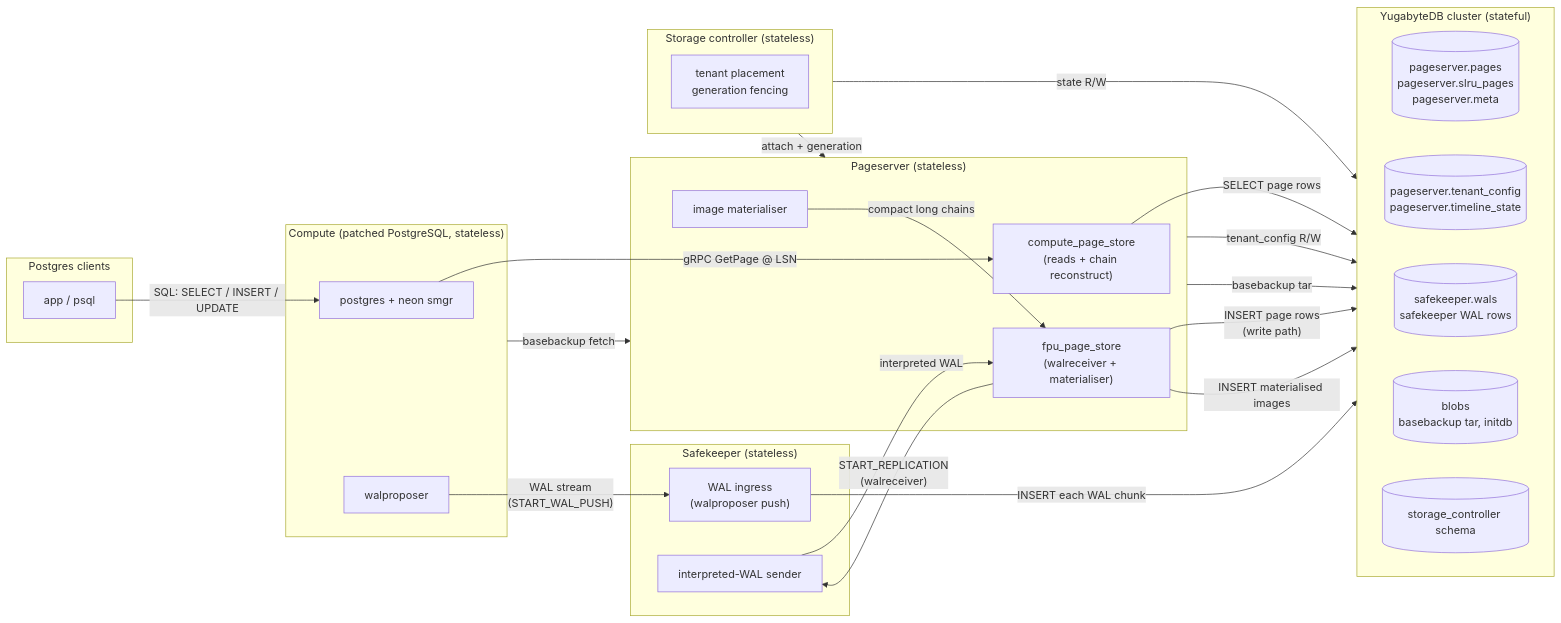
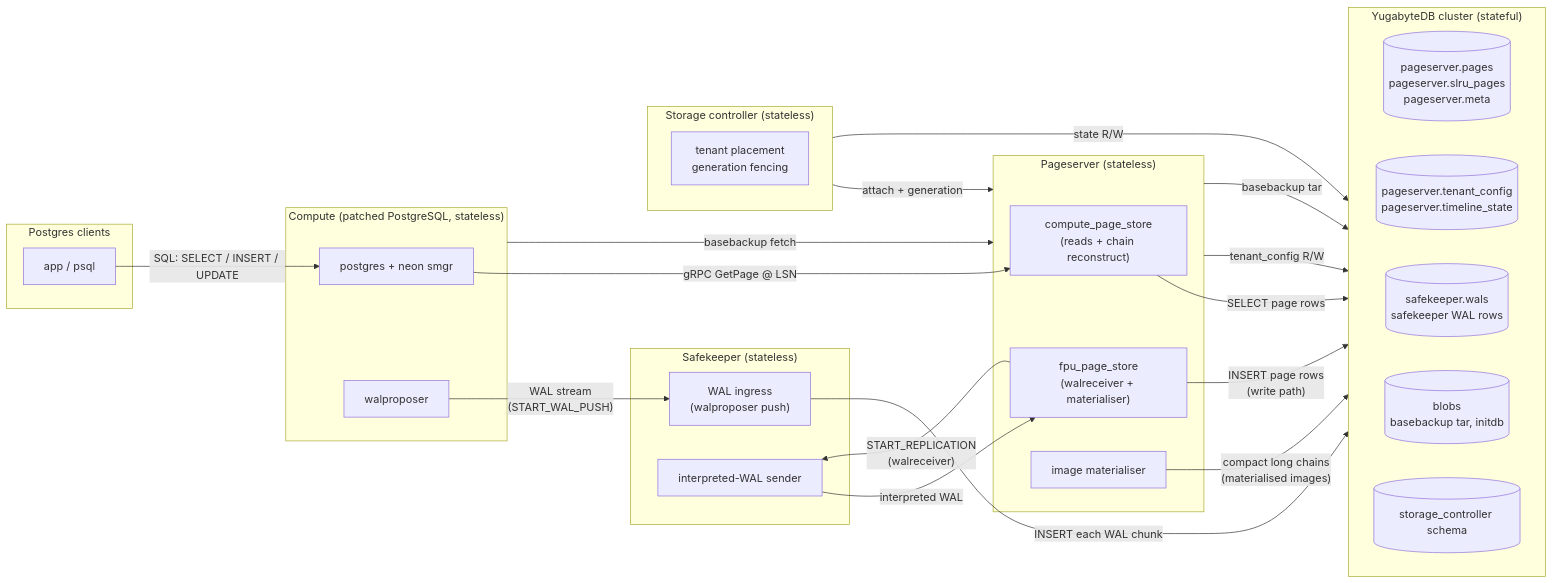
Before and after one commit to yugabyte/meko: the diagram in README.md, drawn with Mermaid.

Commit message:
docs: pin the image materialiser to the bottom of the pageserver box
The materialiser's `mat -- "compact long chains" --> fps` edge ranked
mat into the far-left column, so its edge swept across the diagram and
crossed `gRPC GetPage @ LSN`. Point it at `pageserver.pages` instead
(where compacted images actually land) so mat shares the pageserver
column and stacks at the bottom; drop the now-redundant
`fps "INSERT materialised images"` edge it duplicated. Verified via render:
cps→fps→mat stack top-to-bottom and the edge no longer crosses GetPage.

---
_automated · Claude Code (Opus 4.8)_

````diff
--- a/README.md
+++ b/README.md
@@ -28,51 +28,50 @@
 ```mermaid
 flowchart LR
     subgraph clients["Postgres clients"]
         app["app / psql"]
     end
 
     subgraph compute["Compute (patched PostgreSQL, stateless)"]
         pg["postgres + neon smgr"]
         wp["walproposer"]
     end
 
     subgraph sk["Safekeeper (stateless)"]
         skp["WAL ingress<br/>(walproposer push)"]
         sks["interpreted-WAL sender"]
     end
 
     subgraph ps["Pageserver (stateless)"]
         cps["compute_page_store<br/>(reads + chain reconstruct)"]
         fps["fpu_page_store<br/>(walreceiver + materialiser)"]
         mat["image materialiser"]
     end
 
     subgraph sc["Storage controller (stateless)"]
         sct["tenant placement<br/>generation fencing"]
     end
 
     subgraph yb["YugabyteDB cluster (stateful)"]
         direction LR
         tblPages[("pageserver.pages<br/>pageserver.slru_pages<br/>pageserver.meta")]
         tblConf[("pageserver.tenant_config<br/>pageserver.timeline_state")]
         tblWal[("safekeeper.wals<br/>safekeeper WAL rows")]
         tblBlob[("blobs<br/>basebackup tar, initdb")]
         tblSc[("storage_controller schema")]
     end
 
     app -- "SQL: SELECT / INSERT / UPDATE" --> pg
     pg -- "gRPC GetPage @ LSN" --> cps
     wp -- "WAL stream<br/>(START_WAL_PUSH)" --> skp
     skp -- "INSERT each WAL chunk" --> tblWal
     fps -- "START_REPLICATION<br/>(walreceiver)" --> sks
     sks -- "interpreted WAL" --> fps
     cps -- "SELECT page rows" --> tblPages
     fps -- "INSERT page rows<br/>(write path)" --> tblPages
-    fps -- "INSERT materialised images" --> tblPages
-    mat -- "compact long chains" --> fps
+    mat -- "compact long chains<br/>(materialised images)" --> tblPages
     ps -- "tenant_config R/W" --> tblConf
     sc -- "attach + generation" --> ps
     sc -- "state R/W" --> tblSc
     ps -- "basebackup tar" --> tblBlob
     compute -- "basebackup fetch" --> ps
 ```
````
